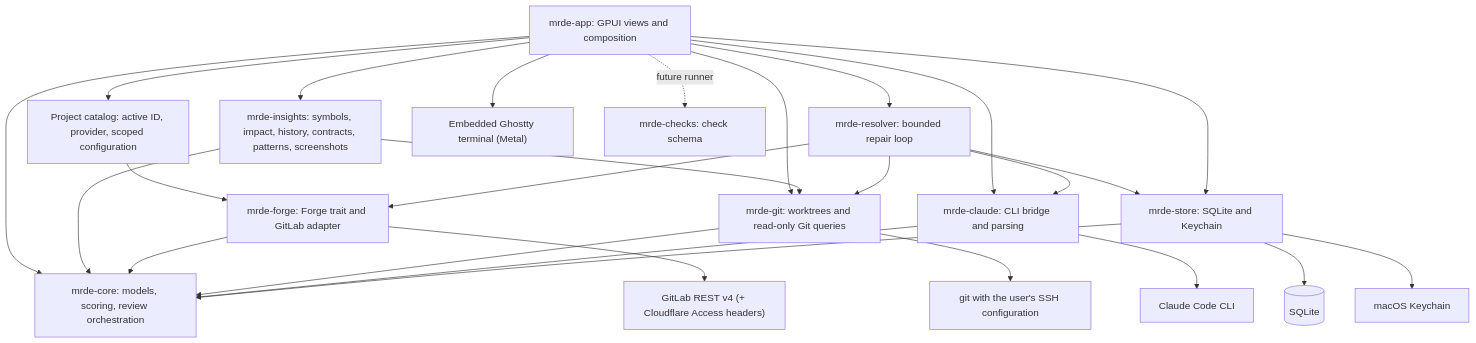
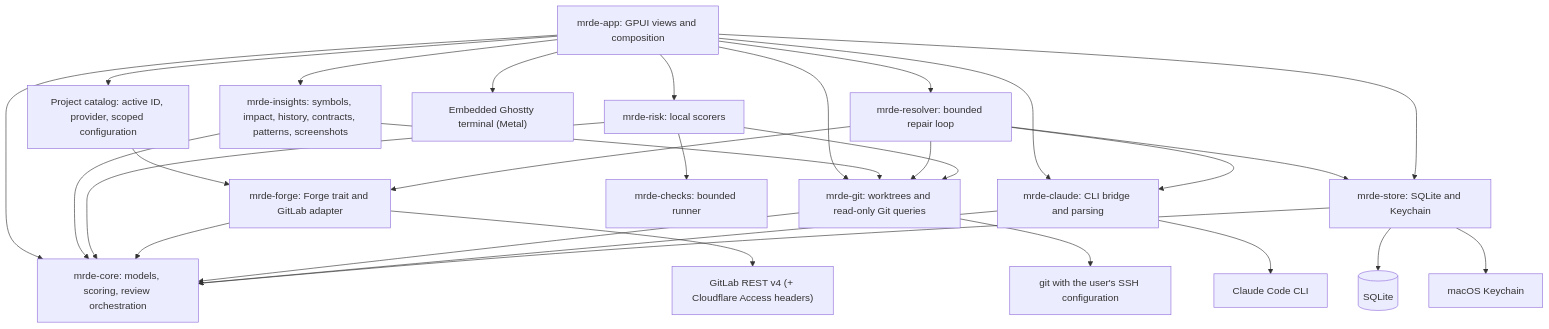
One commit to kwop/mr.de changed the first of 3 diagrams in docs/architecture.md. Above: the diagram before and after it, drawn with Mermaid. The commit also changed other lines of this file and 1 other file, not shown here.

Commit message:
Document risk configuration, measurements and baseline limits

````diff
--- a/docs/architecture.md
+++ b/docs/architecture.md
@@ -18,28 +19,31 @@
 ```mermaid
 flowchart TD
     App["mrde-app: GPUI views and composition"] --> Core["mrde-core: models, scoring, review orchestration"]
     App --> Projects["Project catalog: active ID, provider, scoped configuration"]
     Projects --> Forge["mrde-forge: Forge trait and GitLab adapter"]
     App --> Git["mrde-git: worktrees and read-only Git queries"]
     App --> Insights["mrde-insights: symbols, impact, history, contracts, patterns, screenshots"]
     Insights --> Git
     Insights --> Core
     App --> Claude["mrde-claude: CLI bridge and parsing"]
     App --> Resolver["mrde-resolver: bounded repair loop"]
     Resolver --> Forge
     Resolver --> Git
     Resolver --> Claude
     Resolver --> Store
     App --> Embedded["Embedded Ghostty terminal (Metal)"]
     App --> Store["mrde-store: SQLite and Keychain"]
-    App -. future runner .-> Checks["mrde-checks: check schema"]
+    App --> Risk["mrde-risk: local scorers"]
+    Risk --> Git
+    Risk --> Core
+    Risk --> Checks["mrde-checks: bounded runner"]
     Forge --> Core
     Git --> Core
     Claude --> Core
     Store --> Core
     Forge --> GitLab["GitLab REST v4 (+ Cloudflare Access headers)"]
     Git --> SSH["git with the user's SSH configuration"]
     Claude --> CLI["Claude Code CLI"]
     Store --> SQLite[(SQLite)]
     Store --> Keychain["macOS Keychain"]
 ```
````
